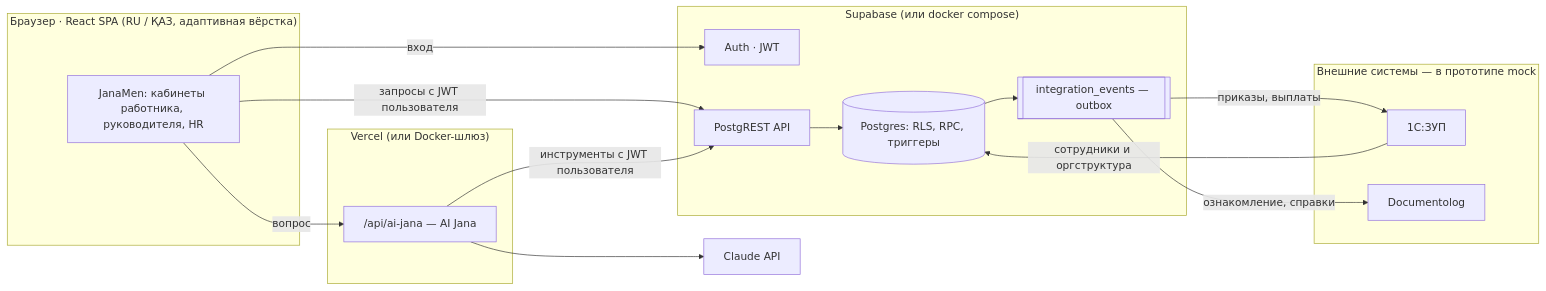
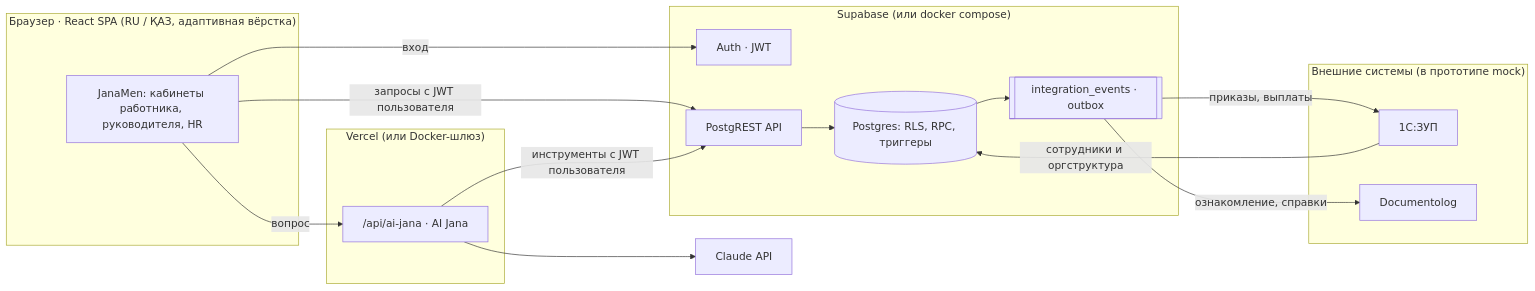
The diagram in README.md (mokydek/TerriconValleyDigitalHR), drawn with Mermaid before and after one commit. The commit also changed other lines of this file and 9 other files, not shown here.

````diff
--- a/README.md
+++ b/README.md
@@ -248,30 +248,30 @@
 ```mermaid
 flowchart LR
   subgraph Browser["Браузер · React SPA (RU / ҚАЗ, адаптивная вёрстка)"]
     UI["JanaMen: кабинеты работника, руководителя, HR"]
   end
   subgraph Edge["Vercel (или Docker-шлюз)"]
-    FN["/api/ai-jana — AI Jana"]
+    FN["/api/ai-jana · AI Jana"]
   end
   subgraph SB["Supabase (или docker compose)"]
     AUTH["Auth · JWT"]
     REST["PostgREST API"]
     DB[("Postgres: RLS, RPC, триггеры")]
-    OUT[["integration_events — outbox"]]
+    OUT[["integration_events · outbox"]]
   end
-  subgraph EXT["Внешние системы — в прототипе mock"]
+  subgraph EXT["Внешние системы (в прототипе mock)"]
     ZUP["1С:ЗУП"]
     DOC["Documentolog"]
   end
   LLM["Claude API"]
 
   UI -->|вход| AUTH
   UI -->|запросы с JWT пользователя| REST --> DB
   UI -->|вопрос| FN
   FN -->|инструменты с JWT пользователя| REST
   FN --> LLM
   DB --> OUT
   OUT -->|приказы, выплаты| ZUP
   OUT -->|ознакомление, справки| DOC
   ZUP -->|сотрудники и оргструктура| DB
 ```
````
